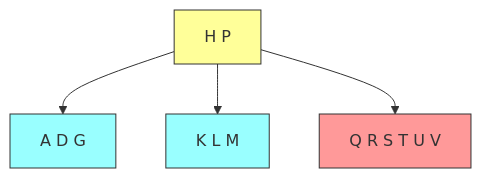
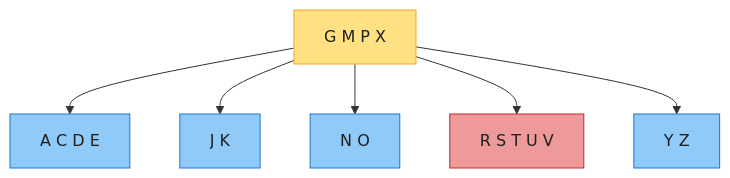
One commit to socoo123/book_reading changed the fourth of 12 diagrams in IntroductionToAlgorithms/Chapter18_B树_深度版.md. Above: the diagram before and after it, drawn with Mermaid. The commit also changed other lines of this file and 30 other files, not shown here.

````diff
--- a/IntroductionToAlgorithms/Chapter18_B树_深度版.md
+++ b/IntroductionToAlgorithms/Chapter18_B树_深度版.md
@@ -403,12 +240,15 @@
 ```mermaid
 graph TD
-    Root["H P"]
-    Root --> L["A D G"]
-    Root --> M["K L M"]
-    Root --> R["Q R S T U V"]
+    R["G M P X"] --> A["A C D E"]
+    R --> B["J K"]
+    R --> C["N O"]
+    R --> D["R S T U V"]
+    R --> E["Y Z"]
 
-    style Root fill:#ff9,stroke:#333
-    style L fill:#9ff,stroke:#333
-    style M fill:#9ff,stroke:#333
-    style R fill:#f99,stroke:#333
+    classDef root fill:#FFE082,stroke:#F9A825,color:#1f1f1f;
+    classDef full fill:#EF9A9A,stroke:#C62828,color:#1f1f1f;
+    classDef plain fill:#90CAF9,stroke:#1976D2,color:#1f1f1f;
+    class R root;
+    class D full;
+    class A,B,C,E plain;
 ```
````
